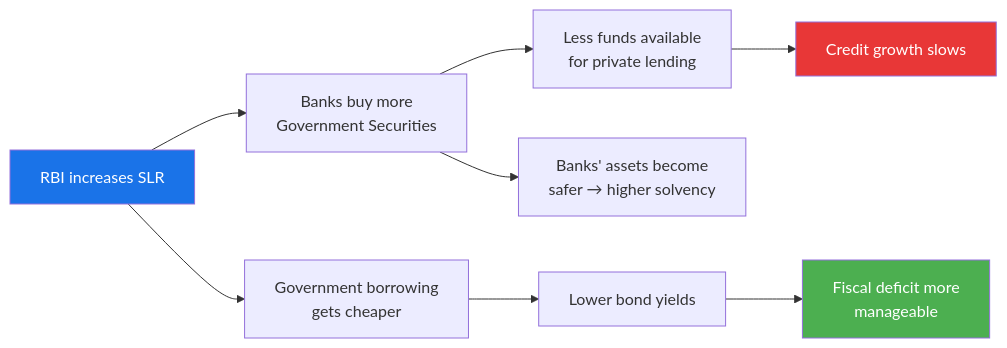
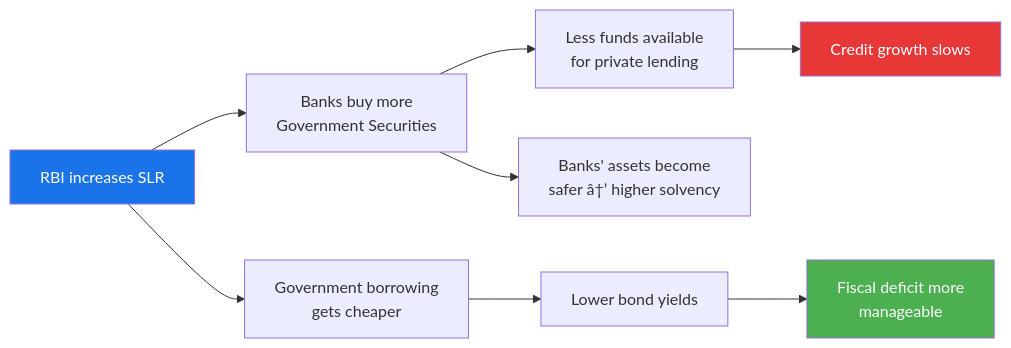
One commit to Raushan666java/ai-engineering-journey changed the fourth of 4 diagrams in docs/courses/banking-financial-awareness/02-banking-system-regulations.md. Above: the diagram before and after it, drawn with Mermaid. The commit also changed other lines of this file and 735 other files, not shown here.

````diff
--- a/docs/courses/banking-financial-awareness/02-banking-system-regulations.md
+++ b/docs/courses/banking-financial-awareness/02-banking-system-regulations.md
@@ -1203,16 +1203,16 @@
 ```mermaid
 flowchart LR
     A[RBI increases SLR] --> B[Banks buy more<br/>Government Securities]
     B --> C[Less funds available<br/>for private lending]
     C --> D[Credit growth slows]
     
     A --> E[Government borrowing<br/>gets cheaper]
     E --> F[Lower bond yields]
     F --> G[Fiscal deficit more<br/>manageable]
     
-    B --> H[Banks' assets become<br/>safer → higher solvency]
+    B --> H[Banks' assets become<br/>safer â†’ higher solvency]
     
     style A fill:#1a73e8,color:#fff
     style D fill:#e83737,color:#fff
     style G fill:#4CAF50,color:#fff
 ```
````
